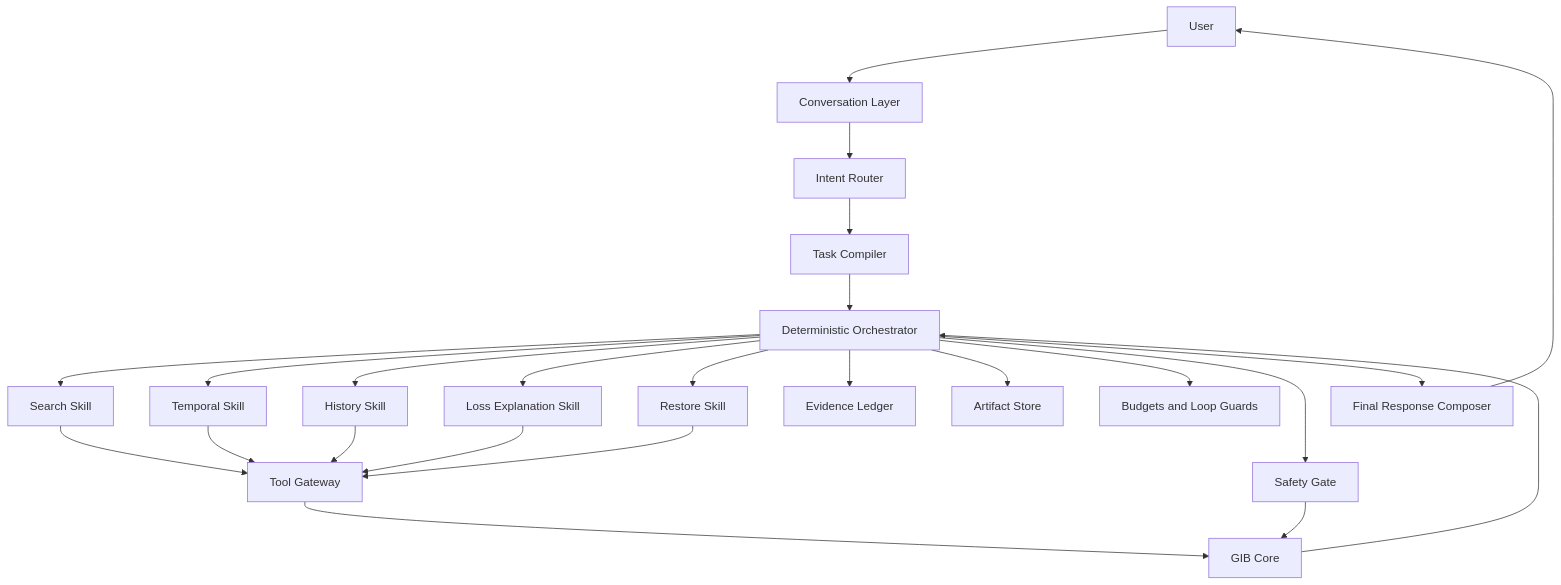
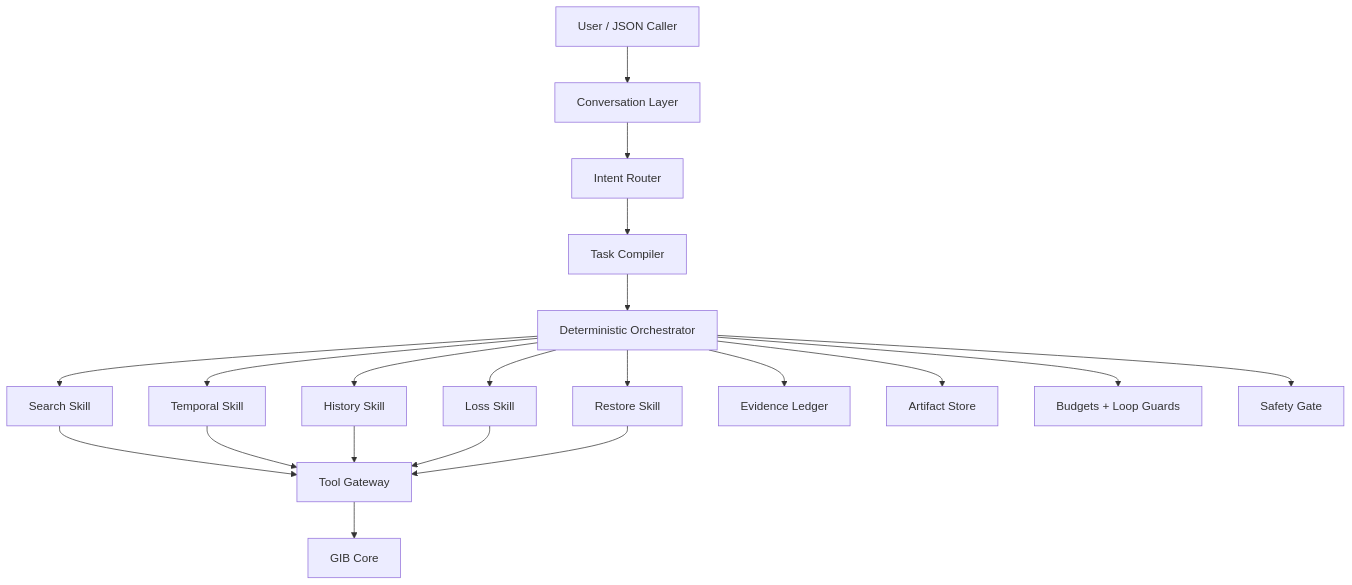
The second of 2 diagrams in AI.md (Theryston/gib), drawn with Mermaid before and after one commit. The commit also changed other lines of this file, not shown here.

````diff
--- a/AI.md
+++ b/AI.md
@@ -361,33 +842,26 @@
 ```mermaid
 flowchart TD
-    U[User] --> C[Conversation Layer]
+    U[User / JSON Caller] --> C[Conversation Layer]
     C --> R[Intent Router]
     R --> TC[Task Compiler]
-
     TC --> O[Deterministic Orchestrator]
 
     O --> S[Search Skill]
     O --> T[Temporal Skill]
     O --> H[History Skill]
-    O --> L[Loss Explanation Skill]
+    O --> L[Loss Skill]
     O --> RS[Restore Skill]
 
     S --> TG[Tool Gateway]
     T --> TG
     H --> TG
     L --> TG
     RS --> TG
 
     TG --> GC[GIB Core]
 
     O --> E[Evidence Ledger]
     O --> A[Artifact Store]
-    O --> B[Budgets and Loop Guards]
+    O --> B[Budgets + Loop Guards]
     O --> SG[Safety Gate]
-
-    SG --> GC
-
-    GC --> O
-    O --> F[Final Response Composer]
-    F --> U
 ```
````
